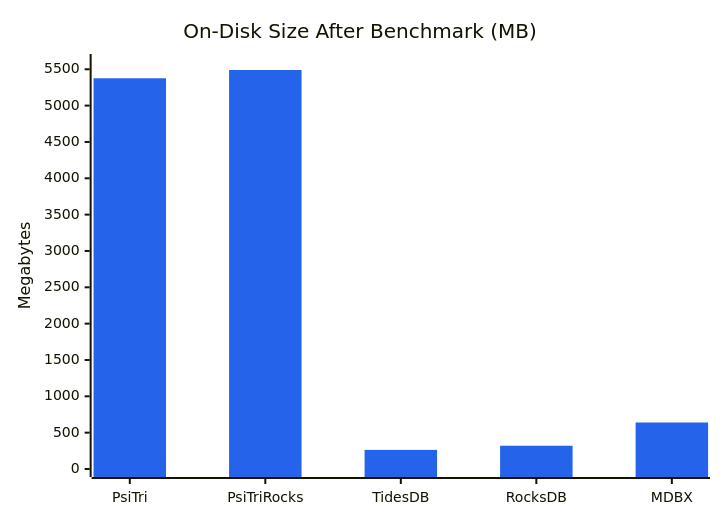
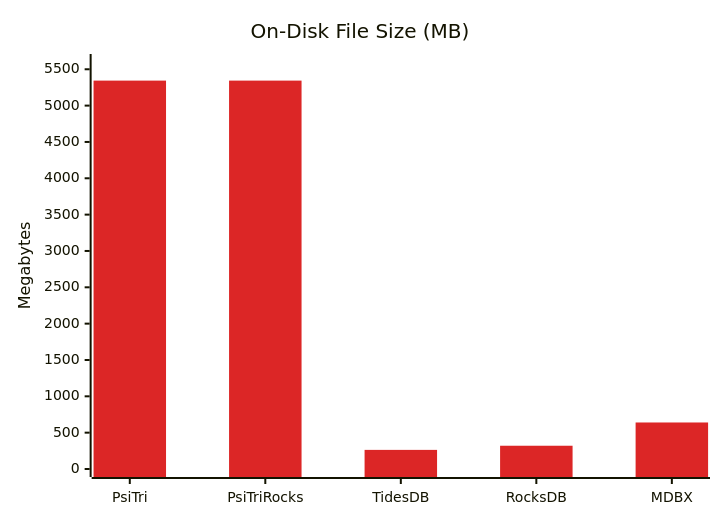
Before and after one commit to gofractally/arbtrie: the sixth of 6 diagrams in programs/BANK_BENCHMARK.md, drawn with Mermaid. The commit also changed other lines of this file and 5 other files, not shown here.

````diff
--- a/programs/BANK_BENCHMARK.md
+++ b/programs/BANK_BENCHMARK.md
@@ -191,8 +230,8 @@
 ```mermaid
-%%{init: {'theme': 'base', 'themeVariables': {'xyChart': {'plotColorPalette': '#2563EB'}}}}%%
+%%{init: {'theme': 'base', 'themeVariables': {'xyChart': {'plotColorPalette': '#DC2626'}}}}%%
 xychart-beta
-    title "On-Disk Size After Benchmark (MB)"
+    title "On-Disk File Size (MB)"
     x-axis ["PsiTri", "PsiTriRocks", "TidesDB", "RocksDB", "MDBX"]
     y-axis "Megabytes" 0 --> 5600
-    bar [5376, 5490, 263, 320, 640]
+    bar [5344, 5344, 263, 320, 640]
 ```
````
